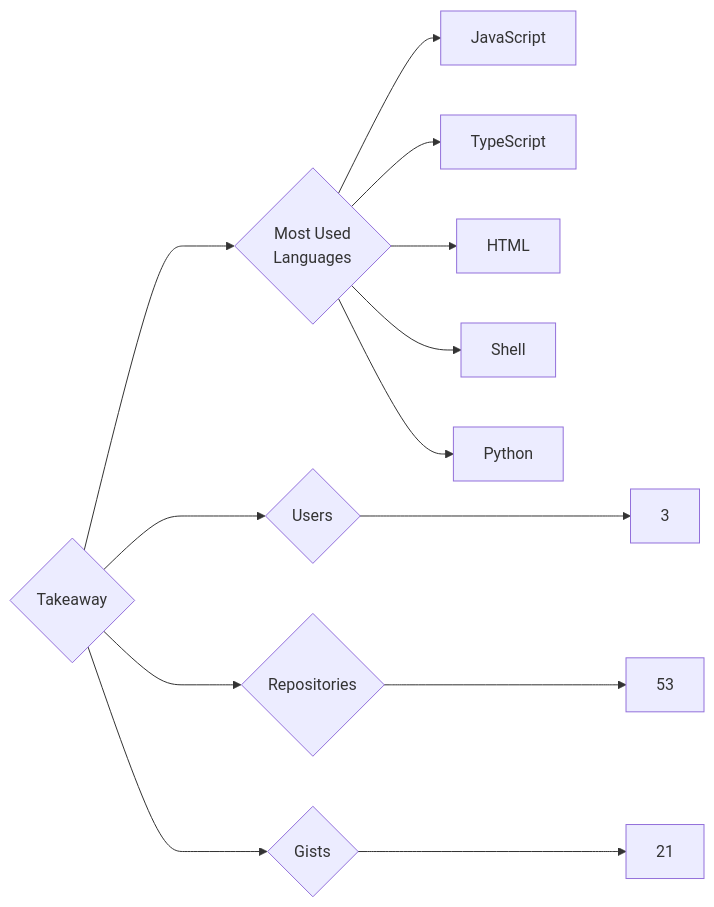
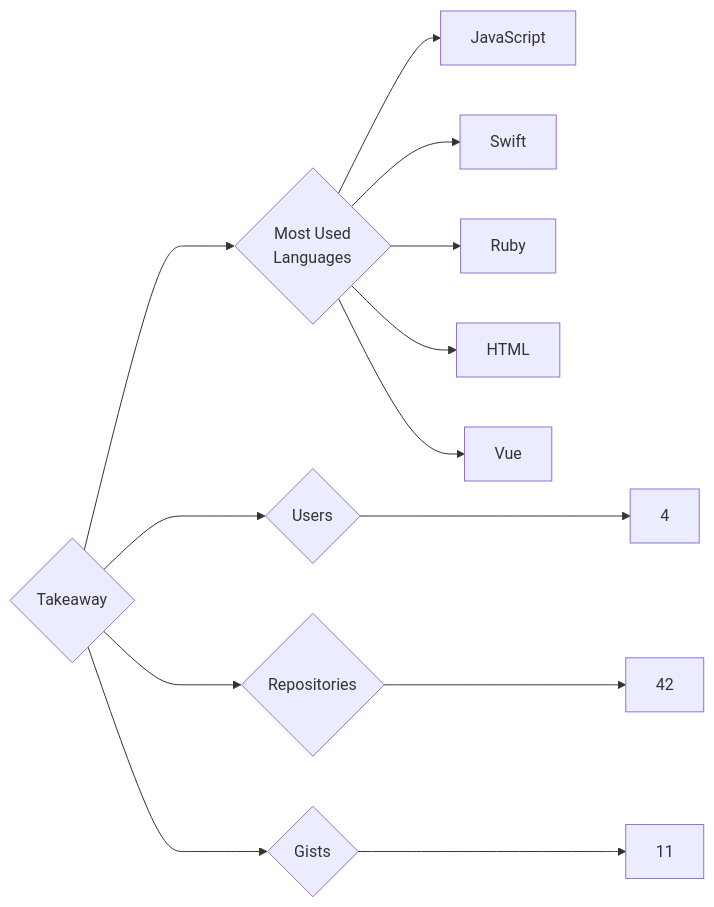
One commit to trickest/insiders changed the diagram in targets/Takeaway/README.md. Above: the diagram before and after it, drawn with Mermaid. The commit also changed 748 other files, not shown here.

````diff
--- a/targets/Takeaway/README.md
+++ b/targets/Takeaway/README.md
@@ -3,13 +3,13 @@
 ```mermaid
 graph LR
 COMPANY_NAME{Takeaway}
-COMPANY_NAME ---> U{Users} ---> UN[3]
-COMPANY_NAME ---> R{Repositories} ---> RN[53]
-COMPANY_NAME ---> G{Gists} ---> GN[21]
+COMPANY_NAME ---> U{Users} ---> UN[4]
+COMPANY_NAME ---> R{Repositories} ---> RN[42]
+COMPANY_NAME ---> G{Gists} ---> GN[11]
 COMPANY_NAME ---> ML{Most Used<br>Languages}
 ML --> JavaScript[JavaScript]
-ML --> TypeScript[TypeScript]
+ML --> Swift[Swift]
+ML --> Ruby[Ruby]
 ML --> HTML[HTML]
-ML --> Shell[Shell]
-ML --> Python[Python]
+ML --> Vue[Vue]
 ```
````
